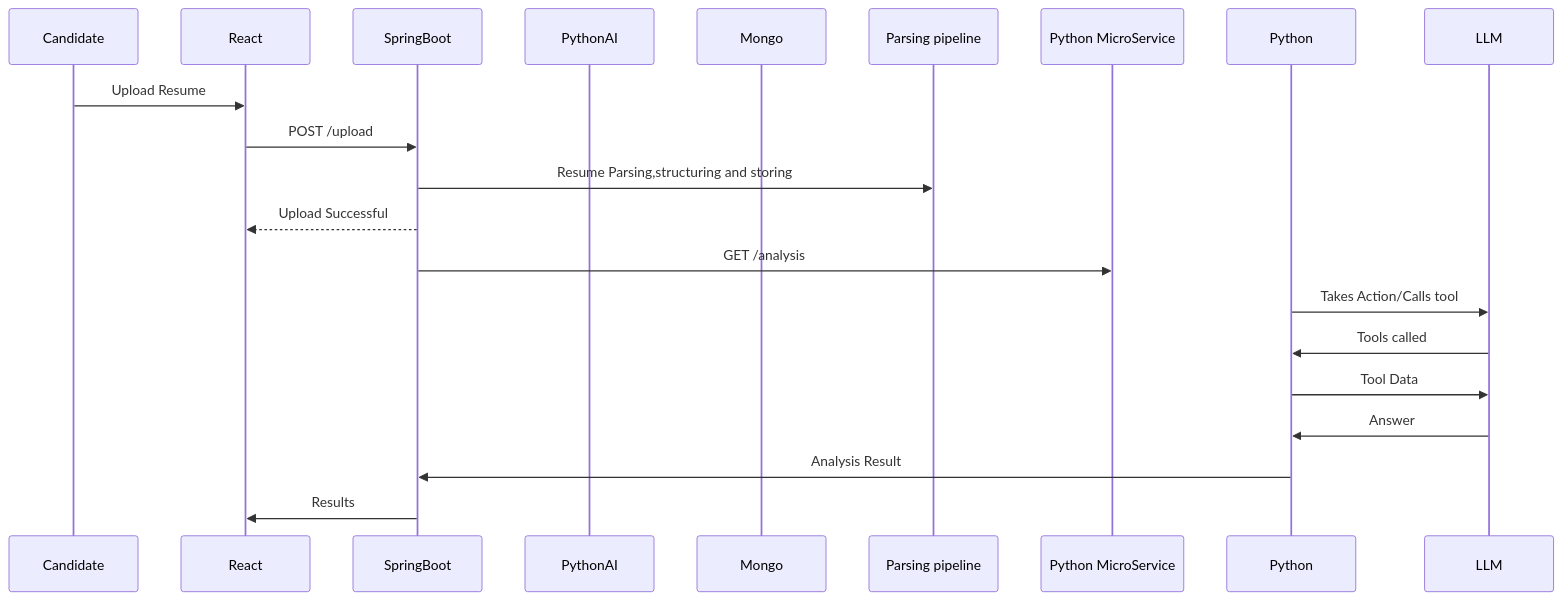
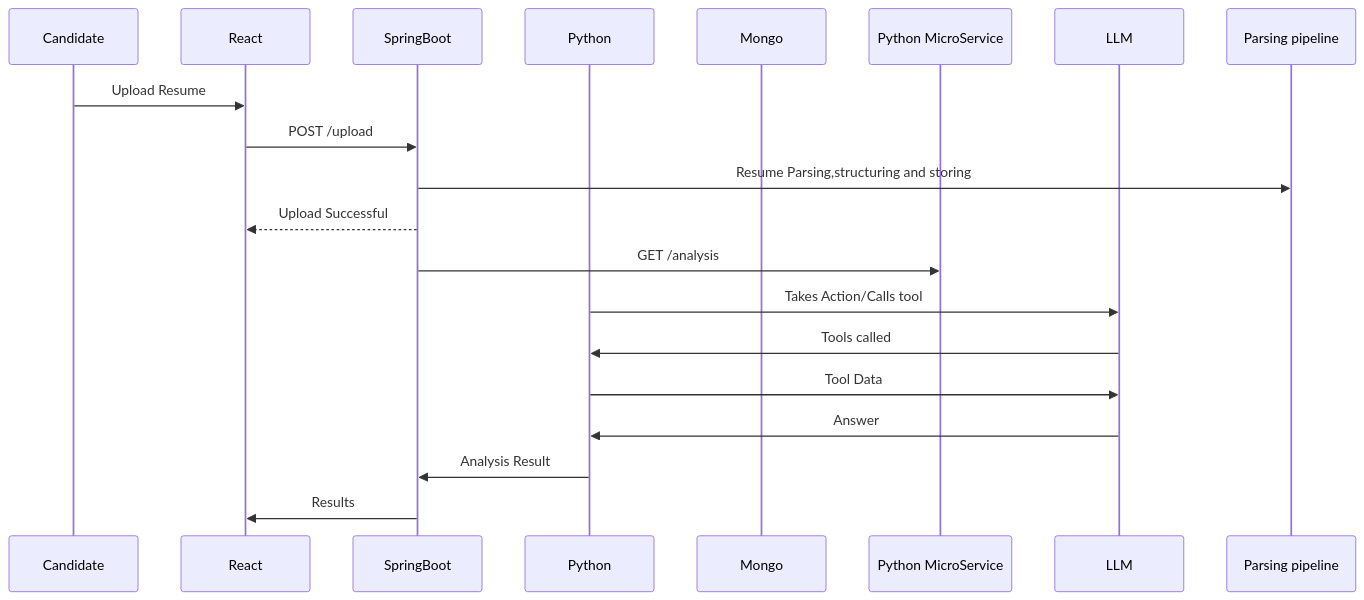
The seventh of 7 diagrams in README.md (Rishu2905/candidate-ai-portal), drawn with Mermaid before and after one commit.

````diff
--- a/README.md
+++ b/README.md
@@ -268,36 +268,39 @@
 ```mermaid
 sequenceDiagram
 
     participant Candidate
 
     participant React
 
     participant SpringBoot
 
-    participant PythonAI
+    participant Python
 
     participant Mongo
+    participant Python MicroService
+    participant LLM
+    participant Parsing pipeline
 
     Candidate->>React: Upload Resume
 
     React->>SpringBoot: POST /upload
 
     SpringBoot->>Parsing pipeline: Resume Parsing,structuring and storing
 
     SpringBoot-->>React: Upload Successful
 
-    SpringBoot->> Python MicroService : GET /analysis
+    SpringBoot->>Python MicroService: GET /analysis
 
-    Python->> LLM : Takes Action/Calls tool
+    Python->>LLM: Takes Action/Calls tool
 
-    LLM->> Python: Tools called
+    LLM->>Python: Tools called
 
-    Python->> LLM: Tool Data
+    Python->>LLM: Tool Data
 
-    LLM->> Python: Answer
+    LLM->>Python: Answer
 
-    Python->> SpringBoot : Analysis Result
+    Python->>SpringBoot: Analysis Result
 
-    SpringBoot->> React: Results
+    SpringBoot->>React: Results
 
 ```
````
